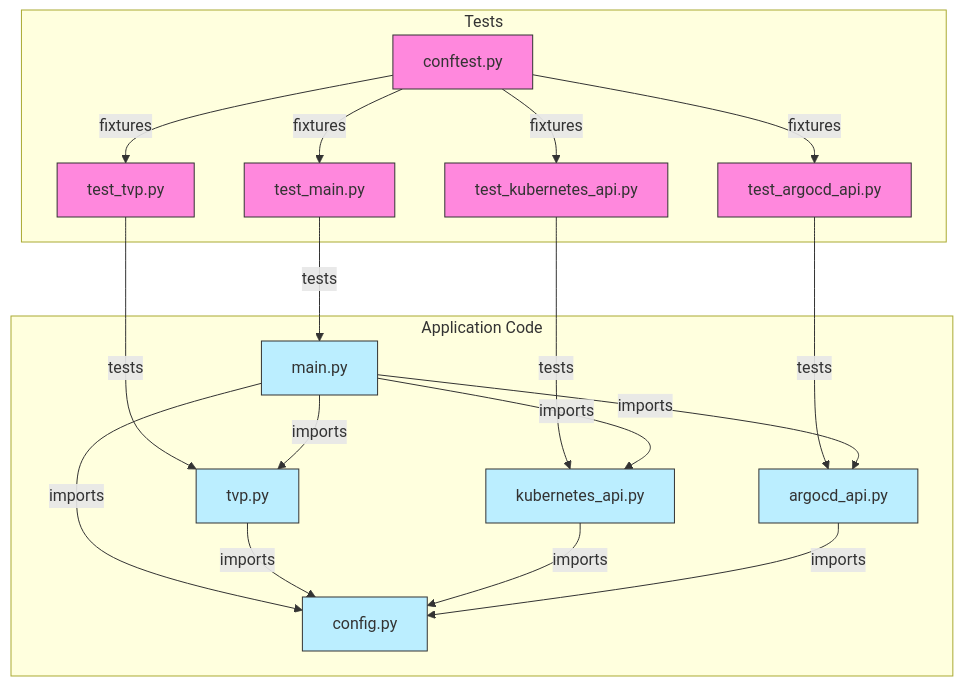
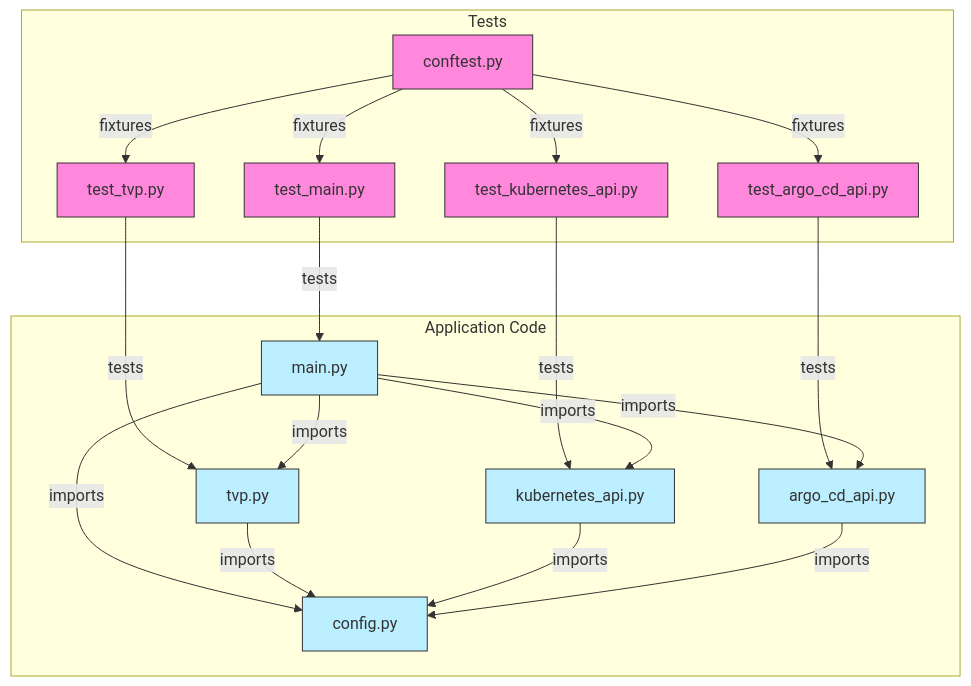
The diagram in fastapi/mermaid/test-coverage-diagram.mermaid (lloydchang/tvp-k8s), drawn with Mermaid before and after one commit. The commit also changed 9 other files, not shown here.

```diff
--- a/fastapi/mermaid/test-coverage-diagram.mermaid
+++ b/fastapi/mermaid/test-coverage-diagram.mermaid
@@ -1,41 +1,41 @@
 flowchart TD
     subgraph Tests
         conftest[conftest.py]
         test_main[test_main.py]
         test_tvp[test_tvp.py]
         test_k8s[test_kubernetes_api.py]
-        test_argo[test_argocd_api.py]
+        test_argo[test_argo_cd_api.py]
     end
 
     subgraph "Application Code"
         main[main.py]
         tvp[tvp.py]
         k8s[kubernetes_api.py]
-        argo[argocd_api.py]
+        argo[argo_cd_api.py]
         config[config.py]
     end
 
     conftest --> |fixtures| test_main
     conftest --> |fixtures| test_tvp
     conftest --> |fixtures| test_k8s
     conftest --> |fixtures| test_argo
 
     test_main --> |tests| main
     test_tvp --> |tests| tvp
     test_k8s --> |tests| k8s
     test_argo --> |tests| argo
 
     main --> |imports| tvp
     main --> |imports| k8s
     main --> |imports| argo
     main --> |imports| config
 
     tvp --> |imports| config
     k8s --> |imports| config
     argo --> |imports| config
 
     classDef testFile fill:#f8d,stroke:#333,stroke-width:1px
     classDef appFile fill:#bef,stroke:#333,stroke-width:1px
     
     class conftest,test_main,test_tvp,test_k8s,test_argo testFile
     class main,tvp,k8s,argo,config appFile
```
